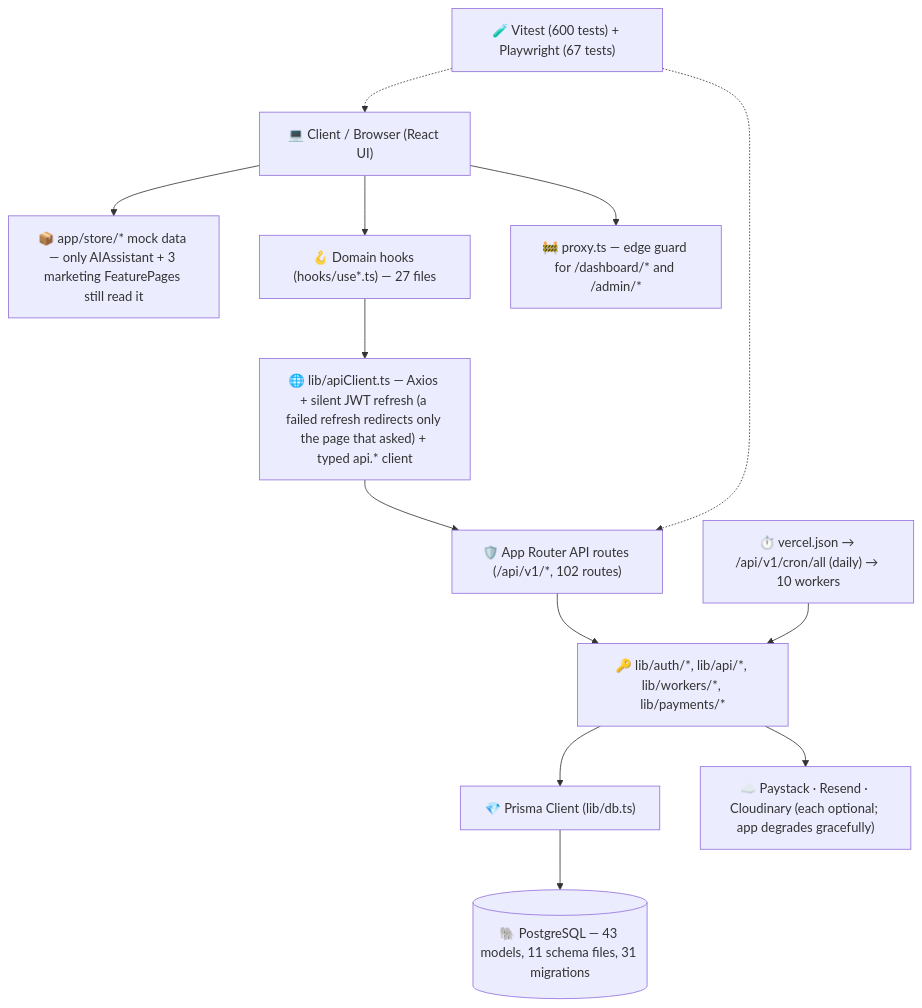
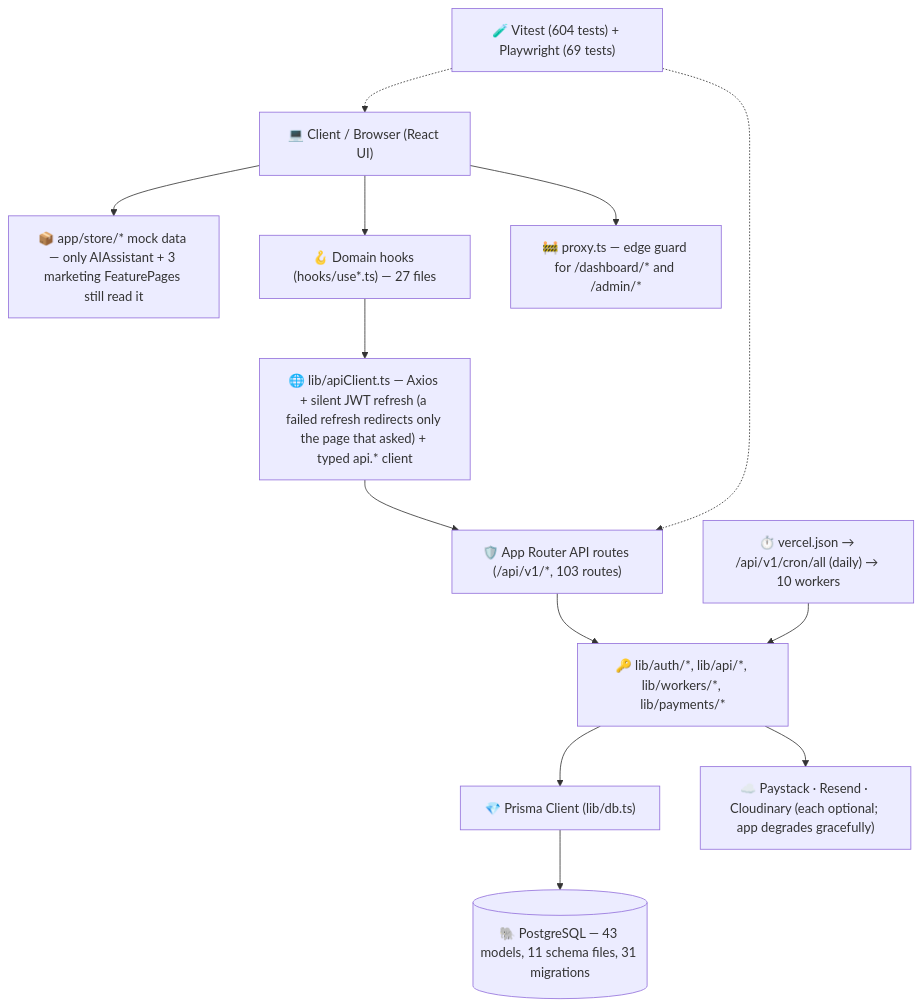
Before and after one commit to Proplity/proplity: the diagram in PROJECT_STRUCTURE.md, drawn with Mermaid. The commit also changed other lines of this file and 27 other files, not shown here.

````diff
--- a/PROJECT_STRUCTURE.md
+++ b/PROJECT_STRUCTURE.md
@@ -11,28 +11,28 @@
 ```mermaid
 graph TD
     Client["💻 Client / Browser (React UI)"]
     Store["📦 app/store/* mock data — only AIAssistant + 3 marketing FeaturePages still read it"]
     Hooks["🪝 Domain hooks (hooks/use*.ts) — 27 files"]
     ApiClient["🌐 lib/apiClient.ts — Axios + silent JWT refresh (a failed refresh redirects only the page that asked) + typed api.* client"]
     Proxy["🚧 proxy.ts — edge guard for /dashboard/* and /admin/*"]
-    NextApi["🛡️ App Router API routes (/api/v1/*, 102 routes)"]
+    NextApi["🛡️ App Router API routes (/api/v1/*, 103 routes)"]
     LibCore["🔑 lib/auth/*, lib/api/*, lib/workers/*, lib/payments/*"]
     PrismaClient["💎 Prisma Client (lib/db.ts)"]
     Postgres[("🐘 PostgreSQL — 43 models, 11 schema files, 31 migrations")]
     Cron["⏱️ vercel.json → /api/v1/cron/all (daily) → 10 workers"]
     Ext["☁️ Paystack · Resend · Cloudinary (each optional; app degrades gracefully)"]
-    Tests["🧪 Vitest (600 tests) + Playwright (67 tests)"]
+    Tests["🧪 Vitest (604 tests) + Playwright (69 tests)"]
 
     Client --> Store
     Client --> Proxy
     Client --> Hooks
     Hooks --> ApiClient
     ApiClient --> NextApi
     NextApi --> LibCore
     LibCore --> PrismaClient
     LibCore --> Ext
     Cron --> LibCore
     PrismaClient --> Postgres
     Tests -.-> NextApi
     Tests -.-> Client
 ```
````
